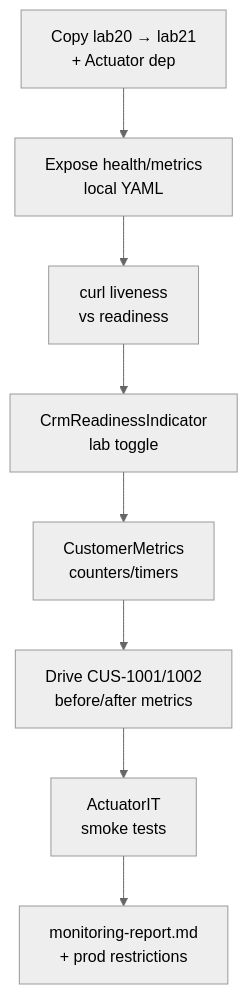
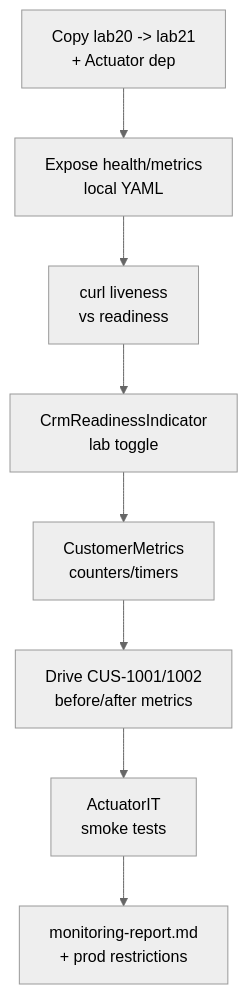
The second of 2 diagrams in labs/Week 2 - Backend, AI Tools and Testing/module-21/lab21/LAB-21-GUIDE.md (pupilliluke/bc-sw-engineer-java-participant), drawn with Mermaid (neutral theme) before and after one commit. The commit also changed 55 other files, not shown here.

Commit message:
Stop publishing local screenshots; harden Mermaid for GitHub; sync only tracked lab files.

````diff
--- a/labs/Week 2 - Backend, AI Tools and Testing/module-21/lab21/LAB-21-GUIDE.md
+++ b/labs/Week 2 - Backend, AI Tools and Testing/module-21/lab21/LAB-21-GUIDE.md
@@ -96,10 +96,10 @@
 ```mermaid
 flowchart TD
-    A["Copy lab20 → lab21<br/>+ Actuator dep"] --> B["Expose health/metrics<br/>local YAML"]
+    A["Copy lab20 -> lab21<br/>+ Actuator dep"] --> B["Expose health/metrics<br/>local YAML"]
     B --> C["curl liveness<br/>vs readiness"]
     C --> D["CrmReadinessIndicator<br/>lab toggle"]
     D --> E["CustomerMetrics<br/>counters/timers"]
     E --> F["Drive CUS-1001/1002<br/>before/after metrics"]
     F --> G["ActuatorIT<br/>smoke tests"]
     G --> H["monitoring-report.md<br/>+ prod restrictions"]
 ```
````
